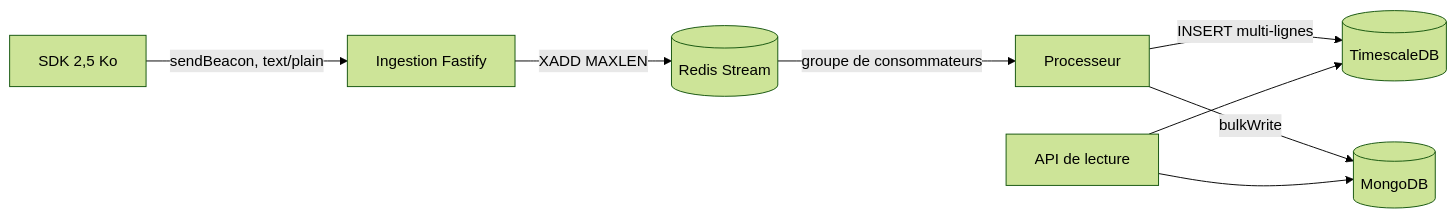
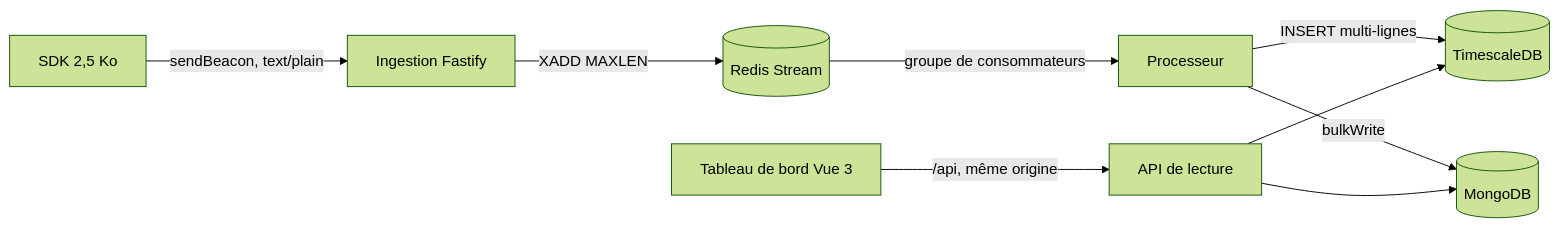
One commit to KarnasZiad/PerfPulse changed the diagram in README.md. Above: the diagram before and after it, drawn with Mermaid (forest theme). The commit also changed other lines of this file and 49 other files, not shown here.

First line of the commit message:
feat(web): add the Vue 3 dashboard (#2)

````diff
--- a/README.md
+++ b/README.md
@@ -44,10 +44,11 @@
 ```mermaid
 flowchart LR
   sdk[SDK 2,5 Ko] -->|sendBeacon, text/plain| ingest[Ingestion Fastify]
   ingest -->|XADD MAXLEN| redis[(Redis Stream)]
   redis -->|groupe de consommateurs| processor[Processeur]
   processor -->|INSERT multi-lignes| tsdb[(TimescaleDB)]
   processor -->|bulkWrite| mongo[(MongoDB)]
-  api[API de lecture] --> tsdb
+  web[Tableau de bord Vue 3] -->|/api, même origine| api[API de lecture]
+  api --> tsdb
   api --> mongo
 ```
````
